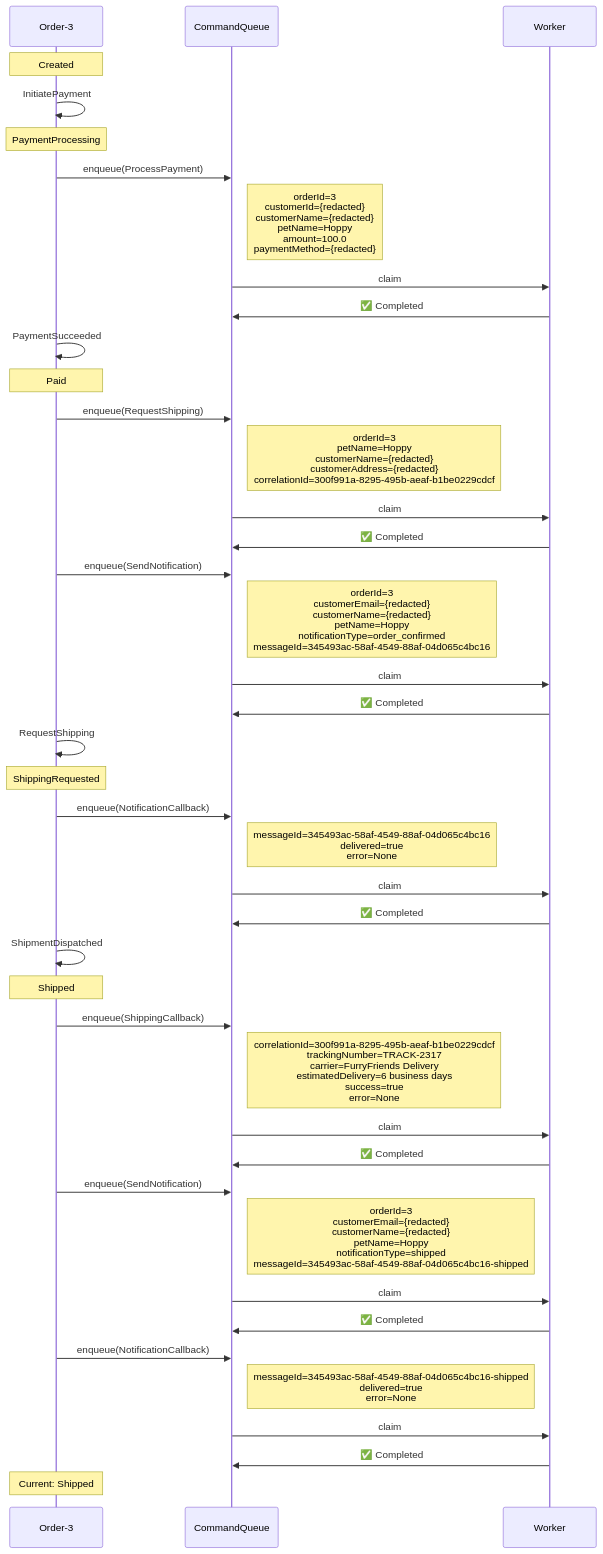
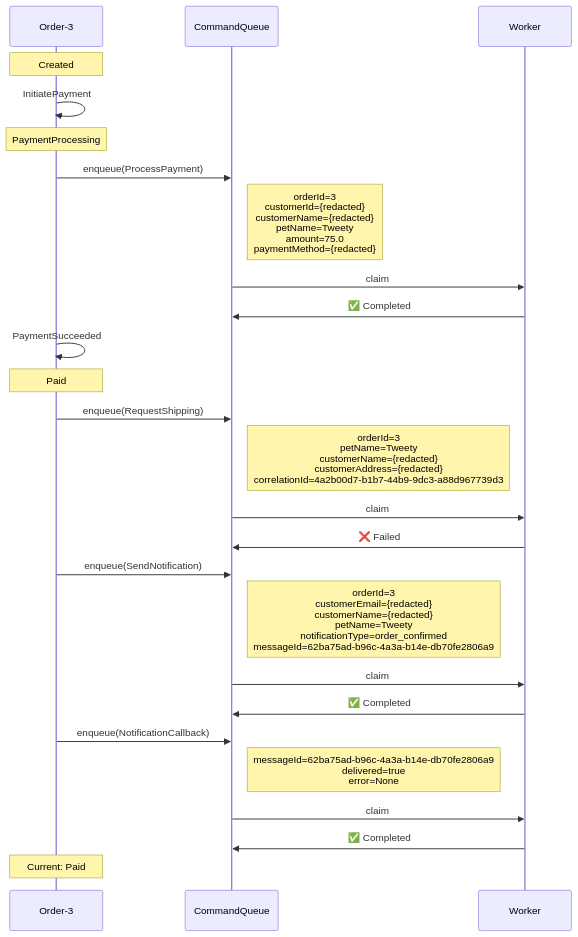
Before and after one commit to Iterable/mechanoid: the first of 3 diagrams in docs/visualizations/order-3-trace.md, drawn with Mermaid. The commit also changed other lines of this file and 16 other files, not shown here.

````diff
--- a/docs/visualizations/order-3-trace.md
+++ b/docs/visualizations/order-3-trace.md
@@ -11,46 +12,30 @@
 ```mermaid
 %%{init: {'themeCSS': '.noteText { text-align: left !important; }'}}%%
 sequenceDiagram
     participant FSM as Order-3
     participant CQ as CommandQueue
     participant W as Worker
 
     Note over FSM: Created
     FSM->>FSM: InitiatePayment
     Note over FSM: PaymentProcessing
     FSM->>CQ: enqueue(ProcessPayment)
-    Note right of CQ: orderId=3<br/>customerId={redacted}<br/>customerName={redacted}<br/>petName=Hoppy<br/>amount=100.0<br/>paymentMethod={redacted}
+    Note right of CQ: orderId=3<br/>customerId={redacted}<br/>customerName={redacted}<br/>petName=Tweety<br/>amount=75.0<br/>paymentMethod={redacted}
     CQ->>W: claim
     W->>CQ: ✅ Completed
     FSM->>FSM: PaymentSucceeded
     Note over FSM: Paid
     FSM->>CQ: enqueue(RequestShipping)
-    Note right of CQ: orderId=3<br/>petName=Hoppy<br/>customerName={redacted}<br/>customerAddress={redacted}<br/>correlationId=300f991a-8295-495b-aeaf-b1be0229cdcf
+    Note right of CQ: orderId=3<br/>petName=Tweety<br/>customerName={redacted}<br/>customerAddress={redacted}<br/>correlationId=4a2b00d7-b1b7-44b9-9dc3-a88d967739d3
     CQ->>W: claim
-    W->>CQ: ✅ Completed
+    W->>CQ: ❌ Failed
     FSM->>CQ: enqueue(SendNotification)
-    Note right of CQ: orderId=3<br/>customerEmail={redacted}<br/>customerName={redacted}<br/>petName=Hoppy<br/>notificationType=order_confirmed<br/>messageId=345493ac-58af-4549-88af-04d065c4bc16
-    CQ->>W: claim
-    W->>CQ: ✅ Completed
-    FSM->>FSM: RequestShipping
-    Note over FSM: ShippingRequested
-    FSM->>CQ: enqueue(NotificationCallback)
-    Note right of CQ: messageId=345493ac-58af-4549-88af-04d065c4bc16<br/>delivered=true<br/>error=None
-    CQ->>W: claim
-    W->>CQ: ✅ Completed
-    FSM->>FSM: ShipmentDispatched
-    Note over FSM: Shipped
-    FSM->>CQ: enqueue(ShippingCallback)
-    Note right of CQ: correlationId=300f991a-8295-495b-aeaf-b1be0229cdcf<br/>trackingNumber=TRACK-2317<br/>carrier=FurryFriends Delivery<br/>estimatedDelivery=6 business days<br/>success=true<br/>error=None
-    CQ->>W: claim
-    W->>CQ: ✅ Completed
-    FSM->>CQ: enqueue(SendNotification)
-    Note right of CQ: orderId=3<br/>customerEmail={redacted}<br/>customerName={redacted}<br/>petName=Hoppy<br/>notificationType=shipped<br/>messageId=345493ac-58af-4549-88af-04d065c4bc16-shipped
+    Note right of CQ: orderId=3<br/>customerEmail={redacted}<br/>customerName={redacted}<br/>petName=Tweety<br/>notificationType=order_confirmed<br/>messageId=62ba75ad-b96c-4a3a-b14e-db70fe2806a9
     CQ->>W: claim
     W->>CQ: ✅ Completed
     FSM->>CQ: enqueue(NotificationCallback)
-    Note right of CQ: messageId=345493ac-58af-4549-88af-04d065c4bc16-shipped<br/>delivered=true<br/>error=None
+    Note right of CQ: messageId=62ba75ad-b96c-4a3a-b14e-db70fe2806a9<br/>delivered=true<br/>error=None
     CQ->>W: claim
     W->>CQ: ✅ Completed
-    Note over FSM: Current: Shipped
+    Note over FSM: Current: Paid
 ```
````
